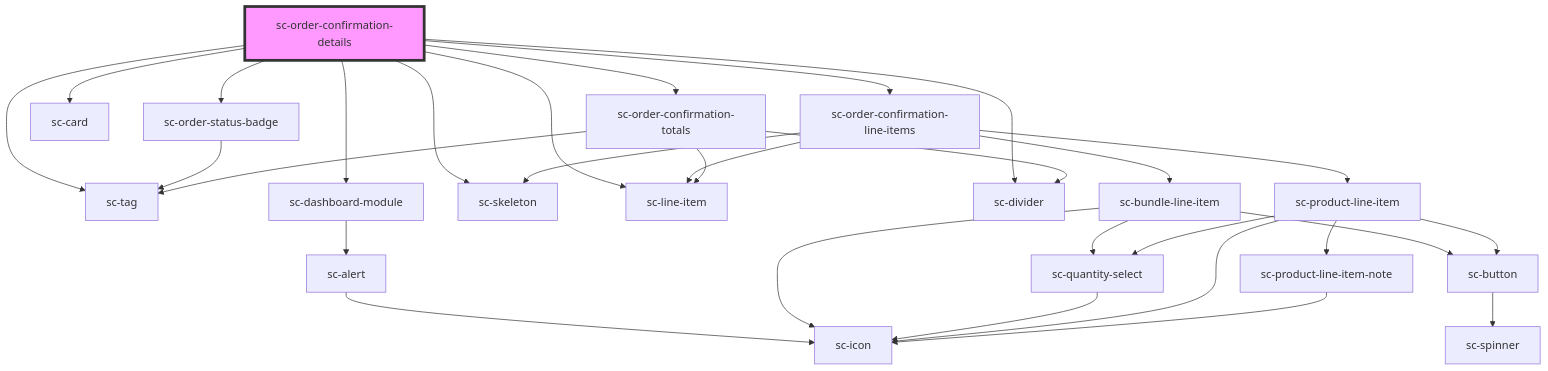
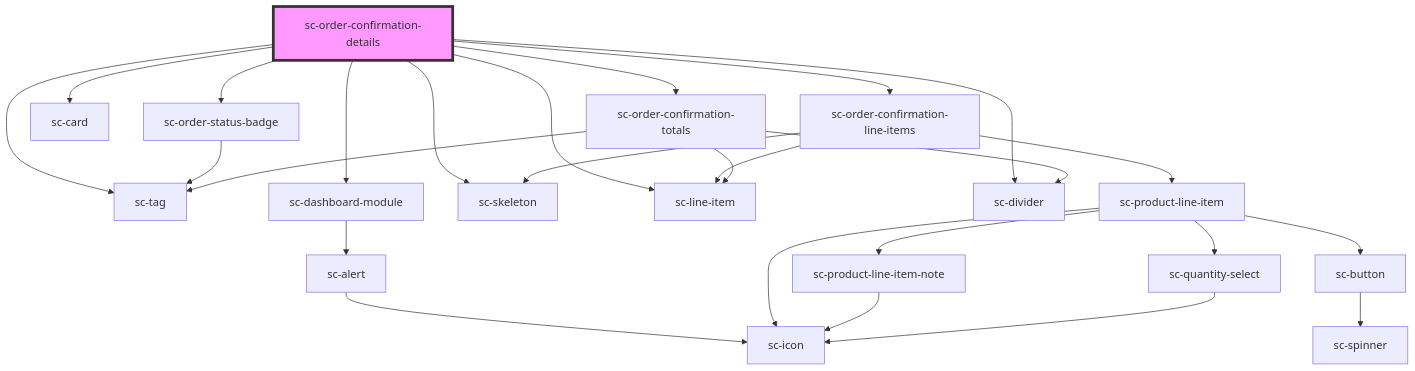
The diagram in packages/components/src/components/controllers/confirmation/order-confirmation-details/readme.md (surecart/surecart-wp-plugin), drawn with Mermaid before and after one commit. The commit also changed 7 other files, not shown here.

````diff
--- a/packages/components/src/components/controllers/confirmation/order-confirmation-details/readme.md
+++ b/packages/components/src/components/controllers/confirmation/order-confirmation-details/readme.md
@@ -31,33 +31,29 @@
 ```mermaid
 graph TD;
   sc-order-confirmation-details --> sc-tag
   sc-order-confirmation-details --> sc-order-status-badge
   sc-order-confirmation-details --> sc-dashboard-module
   sc-order-confirmation-details --> sc-skeleton
   sc-order-confirmation-details --> sc-card
   sc-order-confirmation-details --> sc-line-item
   sc-order-confirmation-details --> sc-divider
   sc-order-confirmation-details --> sc-order-confirmation-line-items
   sc-order-confirmation-details --> sc-order-confirmation-totals
   sc-order-status-badge --> sc-tag
   sc-dashboard-module --> sc-alert
   sc-alert --> sc-icon
   sc-order-confirmation-line-items --> sc-line-item
   sc-order-confirmation-line-items --> sc-skeleton
-  sc-order-confirmation-line-items --> sc-bundle-line-item
   sc-order-confirmation-line-items --> sc-product-line-item
-  sc-bundle-line-item --> sc-quantity-select
-  sc-bundle-line-item --> sc-button
-  sc-bundle-line-item --> sc-icon
-  sc-quantity-select --> sc-icon
-  sc-button --> sc-spinner
   sc-product-line-item --> sc-product-line-item-note
   sc-product-line-item --> sc-quantity-select
   sc-product-line-item --> sc-button
   sc-product-line-item --> sc-icon
   sc-product-line-item-note --> sc-icon
+  sc-quantity-select --> sc-icon
+  sc-button --> sc-spinner
   sc-order-confirmation-totals --> sc-line-item
   sc-order-confirmation-totals --> sc-tag
   sc-order-confirmation-totals --> sc-divider
   style sc-order-confirmation-details fill:#f9f,stroke:#333,stroke-width:4px
 ```
````
